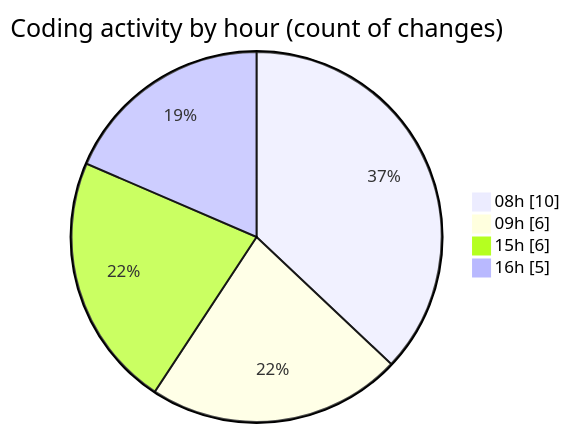
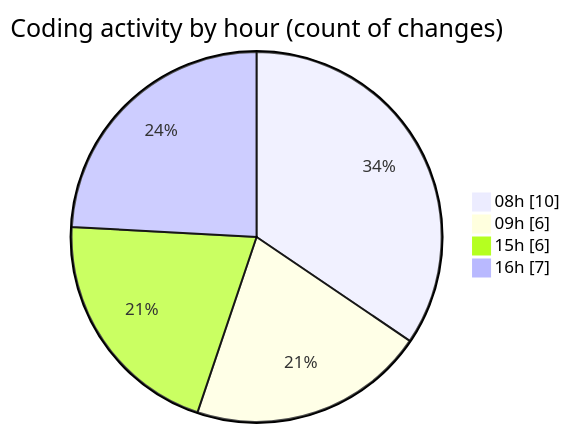
Before and after one commit to ricardozamudiocil/code-tracking: the second of 2 diagrams in 2026-05-19/cilapp/README.md, drawn with Mermaid. The commit also changed other lines of this file and 1 other file, not shown here.

````diff
--- a/2026-05-19/cilapp/README.md
+++ b/2026-05-19/cilapp/README.md
@@ -33,8 +33,8 @@
 ```mermaid
 pie showData
 title Coding activity by hour (count of changes)
 "08h" : 10
 "09h" : 6
 "15h" : 6
-"16h" : 5
+"16h" : 7
 ```
````
